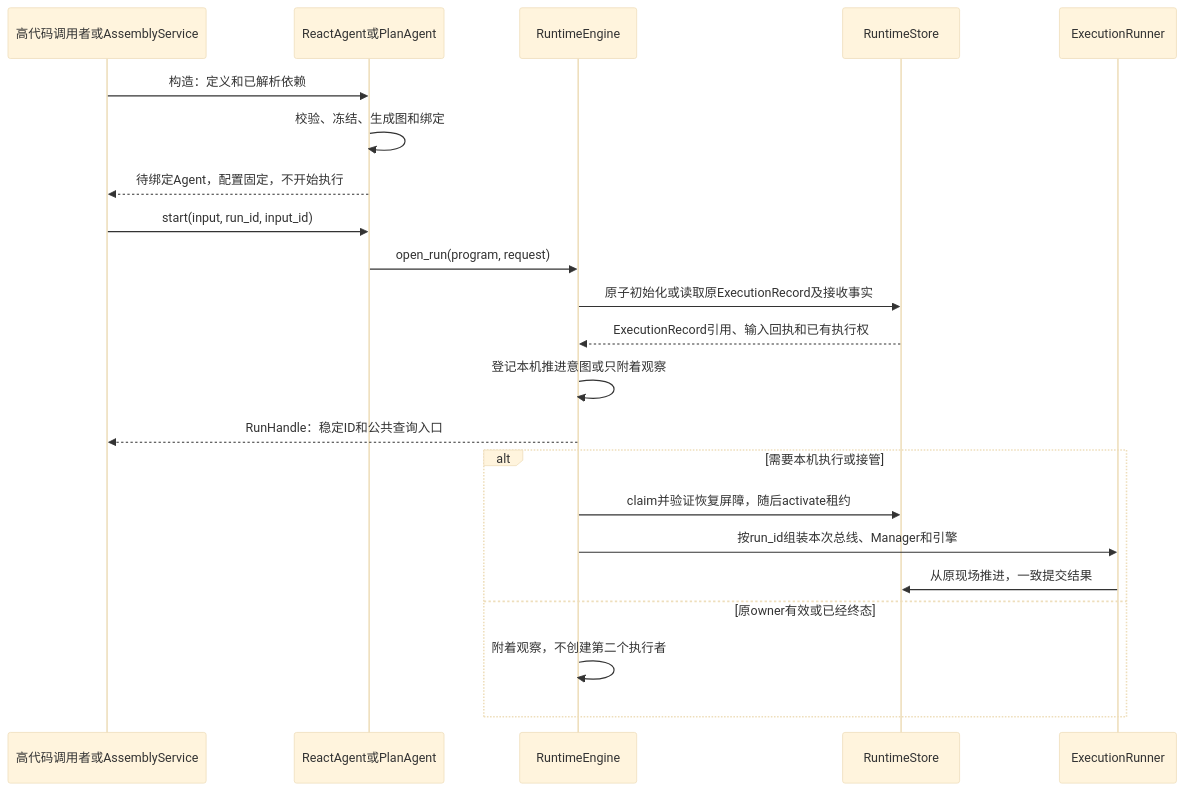
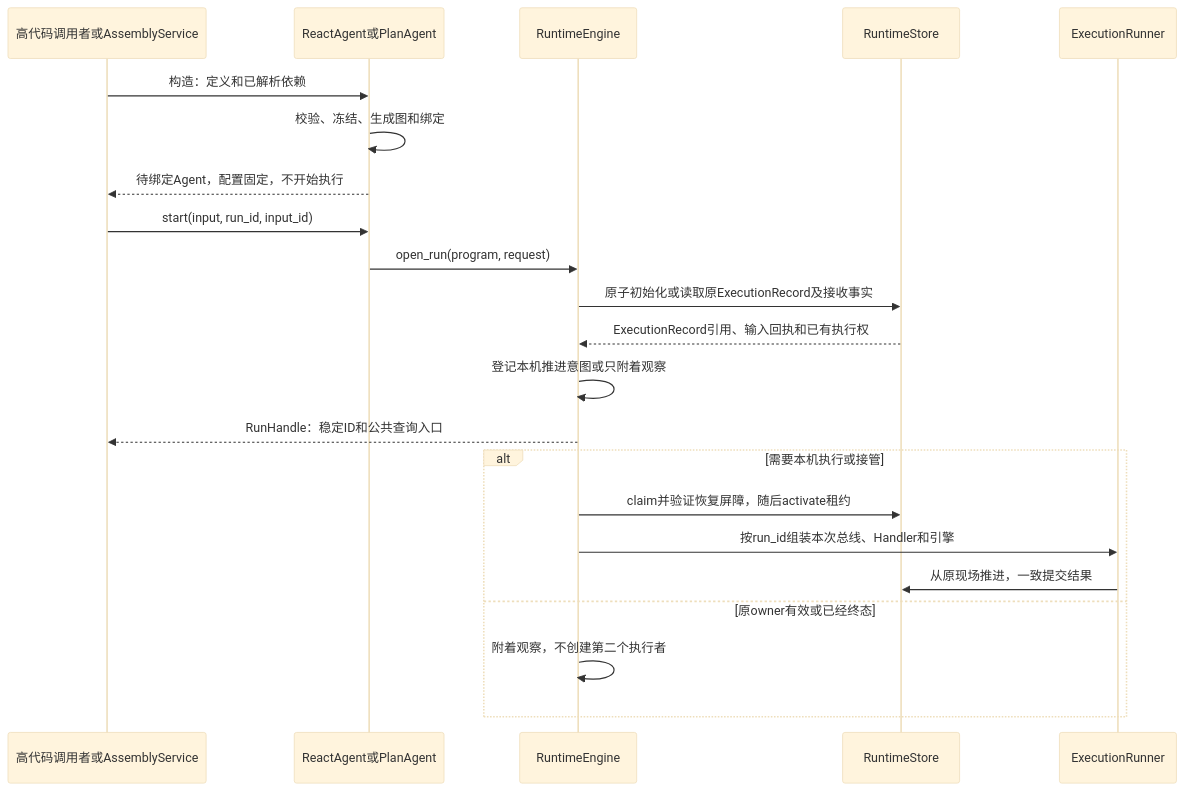
Before and after one commit to dujian0068/agent-loom: the second of 2 diagrams in docs/sdk/assembly.md, drawn with Mermaid (base theme). The commit also changed other lines of this file and 17 other files, not shown here.

````diff
--- a/docs/sdk/assembly.md
+++ b/docs/sdk/assembly.md
@@ -303,24 +324,24 @@
 ```mermaid
 sequenceDiagram
     participant C as 高代码调用者或AssemblyService
     participant A as ReactAgent或PlanAgent
     participant R as RuntimeEngine
     participant S as RuntimeStore
     participant X as ExecutionRunner
     C->>A: 构造：定义和已解析依赖
     A->>A: 校验、冻结、生成图和绑定
     A-->>C: 待绑定Agent，配置固定，不开始执行
     C->>A: start(input, run_id, input_id)
     A->>R: open_run(program, request)
     R->>S: 原子初始化或读取原ExecutionRecord及接收事实
     S-->>R: ExecutionRecord引用、输入回执和已有执行权
     R->>R: 登记本机推进意图或只附着观察
     R-->>C: RunHandle：稳定ID和公共查询入口
     alt 需要本机执行或接管
         R->>S: claim并验证恢复屏障，随后activate租约
-        R->>X: 按run_id组装本次总线、Manager和引擎
+        R->>X: 按run_id组装本次总线、Handler和引擎
         X->>S: 从原现场推进，一致提交结果
     else 原owner有效或已经终态
         R->>R: 附着观察，不创建第二个执行者
     end
 ```
````
